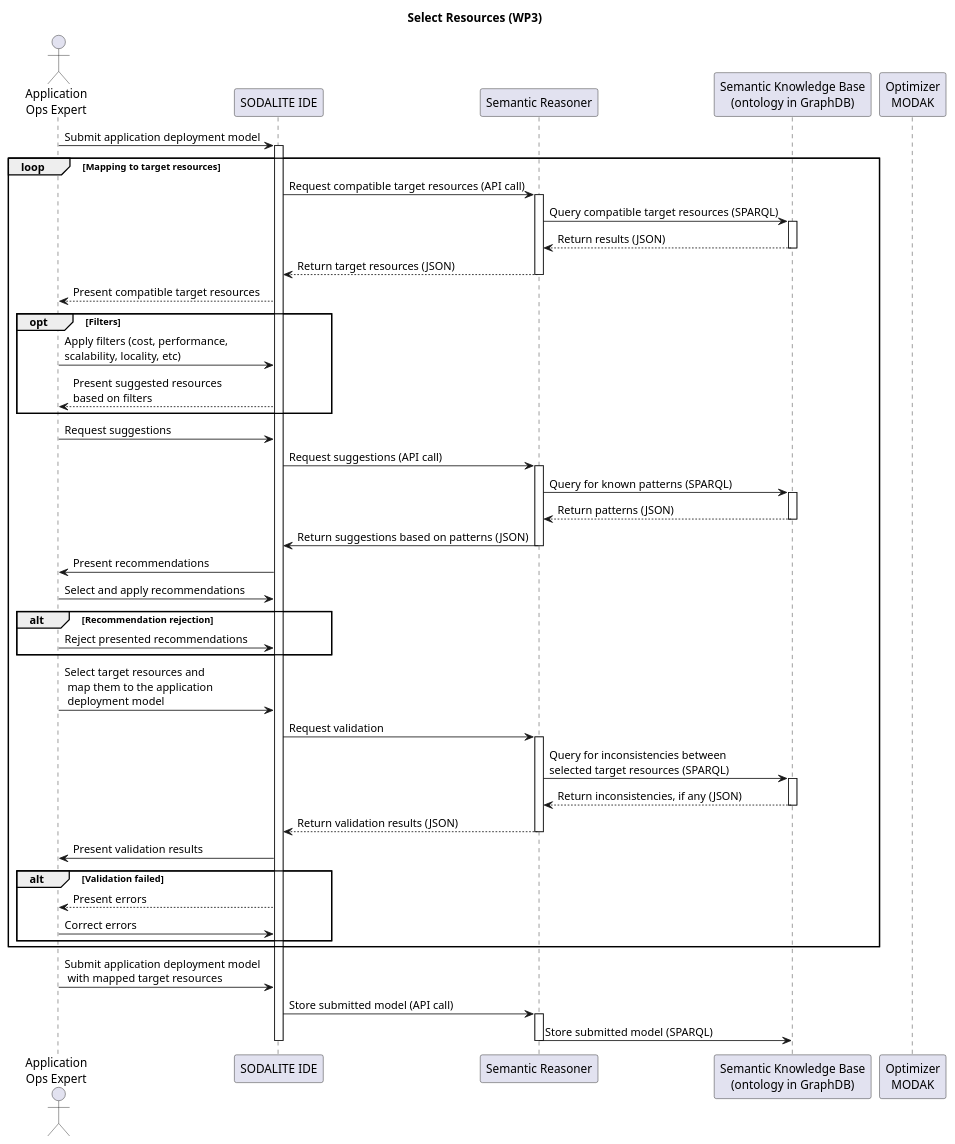
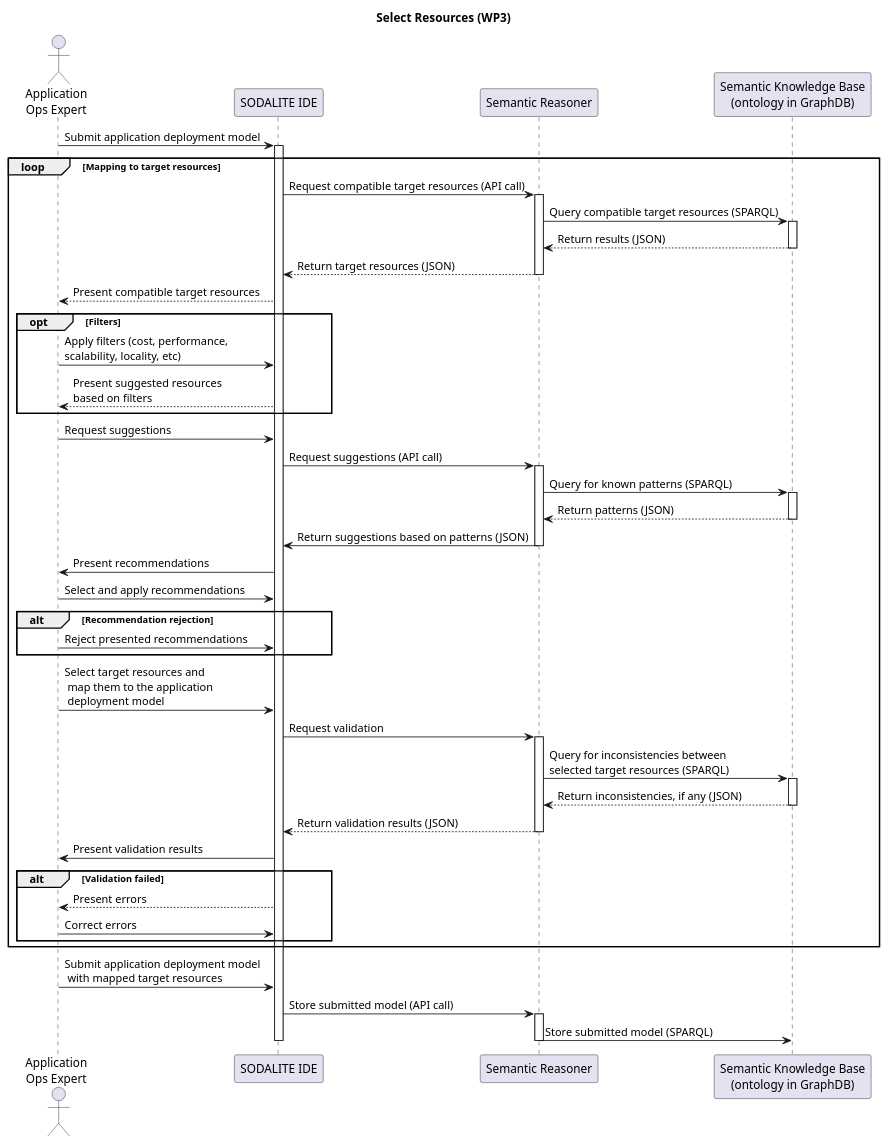
Before and after one commit to SODALITE-EU/project-wide-documentation: the diagram in uml/sequence-diagrams/UC-02-SelectResources-WP3.puml, drawn with PlantUML.

Commit message:
remove unused modak in uc-2

```diff
--- a/uml/sequence-diagrams/UC-02-SelectResources-WP3.puml
+++ b/uml/sequence-diagrams/UC-02-SelectResources-WP3.puml
@@ -1,71 +1,70 @@
 @startuml
 
 title Select Resources (WP3)
 
 actor "Application\nOps Expert" as ops
 participant "SODALITE IDE" as editor
 participant "Semantic Reasoner" as reasoner
 participant "Semantic Knowledge Base\n(ontology in GraphDB)" as ontology
-participant "Optimizer\nMODAK" as SPOC
 
 ops->editor: Submit application deployment model
 
 loop Mapping to target resources
     activate editor
     editor->reasoner: Request compatible target resources (API call)
     activate reasoner
     reasoner->ontology: Query compatible target resources (SPARQL)
     activate ontology
     ontology-->reasoner: Return results (JSON)
     deactivate ontology
     reasoner-->editor: Return target resources (JSON)
     deactivate reasoner
     editor-->ops: Present compatible target resources
 
     opt Filters
         ops->editor: Apply filters (cost, performance,\nscalability, locality, etc)
         editor-->ops: Present suggested resources\nbased on filters
     end
 
     ops->editor: Request suggestions
     editor->reasoner: Request suggestions (API call)
     activate reasoner
     reasoner->ontology: Query for known patterns (SPARQL)
     activate ontology
     ontology-->reasoner: Return patterns (JSON)
     deactivate ontology
     reasoner->editor: Return suggestions based on patterns (JSON)
     deactivate reasoner
 
     editor->ops: Present recommendations
     ops->editor: Select and apply recommendations
 
     alt Recommendation rejection
         ops->editor: Reject presented recommendations
     end
 
     ops->editor: Select target resources and\n map them to the application\n deployment model
     editor->reasoner: Request validation
     activate reasoner
     reasoner->ontology: Query for inconsistencies between\nselected target resources (SPARQL)
     activate ontology
     ontology-->reasoner: Return inconsistencies, if any (JSON)
     deactivate ontology
     reasoner-->editor: Return validation results (JSON)
     deactivate reasoner
     editor->ops: Present validation results
 
     alt Validation failed
         editor-->ops: Present errors
         ops->editor: Correct errors
     end
 end
 
 ops->editor: Submit application deployment model\n with mapped target resources
 editor->reasoner: Store submitted model (API call)
 activate reasoner
 reasoner->ontology: Store submitted model (SPARQL)
 deactivate reasoner
 
 deactivate editor
 @enduml
```
